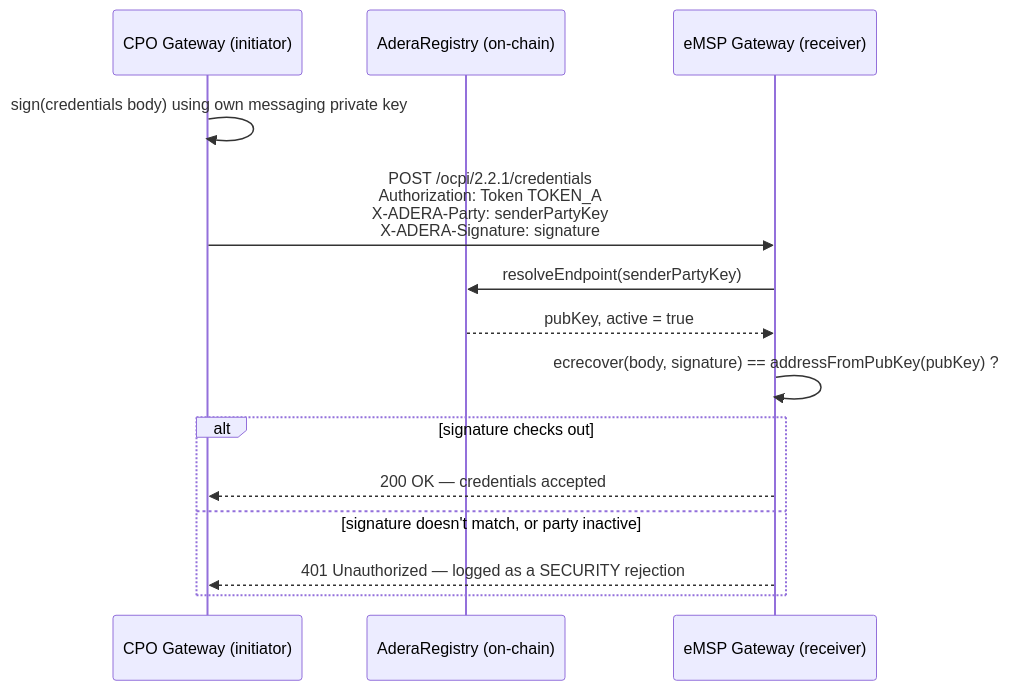
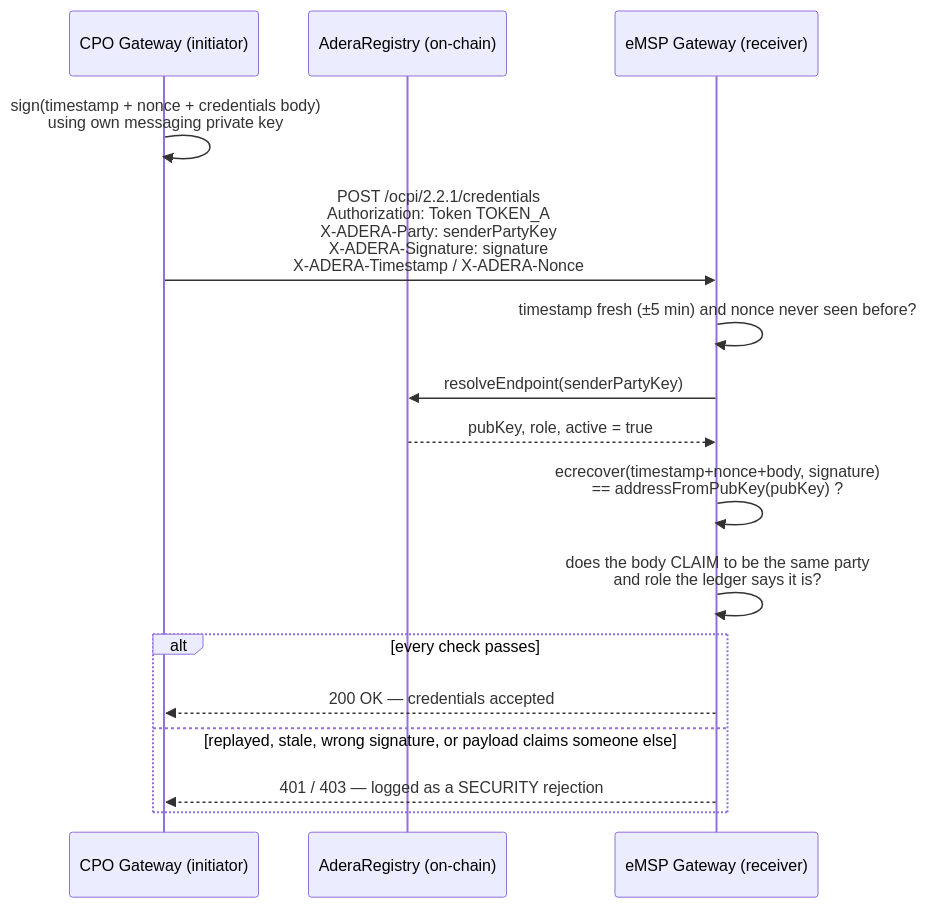
Diagram 11 of 15 in docs/00-ADERA-Plain-English-Guide.md (industrialdynamics/ADERA), drawn with Mermaid before and after one commit. The commit also changed other lines of this file and 19 other files, not shown here.

````diff
--- a/docs/00-ADERA-Plain-English-Guide.md
+++ b/docs/00-ADERA-Plain-English-Guide.md
@@ -795,17 +1322,19 @@
 ```mermaid
 sequenceDiagram
     participant CPO as CPO Gateway (initiator)
     participant Reg as AderaRegistry (on-chain)
     participant EMSP as eMSP Gateway (receiver)
 
-    CPO->>CPO: sign(credentials body) using own messaging private key
-    CPO->>EMSP: POST /ocpi/2.2.1/credentials<br/>Authorization: Token TOKEN_A<br/>X-ADERA-Party: senderPartyKey<br/>X-ADERA-Signature: signature
+    CPO->>CPO: sign(timestamp + nonce + credentials body)<br/>using own messaging private key
+    CPO->>EMSP: POST /ocpi/2.2.1/credentials<br/>Authorization: Token TOKEN_A<br/>X-ADERA-Party: senderPartyKey<br/>X-ADERA-Signature: signature<br/>X-ADERA-Timestamp / X-ADERA-Nonce
+    EMSP->>EMSP: timestamp fresh (±5 min) and nonce never seen before?
     EMSP->>Reg: resolveEndpoint(senderPartyKey)
-    Reg-->>EMSP: pubKey, active = true
-    EMSP->>EMSP: ecrecover(body, signature) == addressFromPubKey(pubKey) ?
-    alt signature checks out
+    Reg-->>EMSP: pubKey, role, active = true
+    EMSP->>EMSP: ecrecover(timestamp+nonce+body, signature)<br/>== addressFromPubKey(pubKey) ?
+    EMSP->>EMSP: does the body CLAIM to be the same party<br/>and role the ledger says it is?
+    alt every check passes
         EMSP-->>CPO: 200 OK — credentials accepted
-    else signature doesn't match, or party inactive
-        EMSP-->>CPO: 401 Unauthorized — logged as a SECURITY rejection
+    else replayed, stale, wrong signature, or payload claims someone else
+        EMSP-->>CPO: 401 / 403 — logged as a SECURITY rejection
     end
 ```
````
